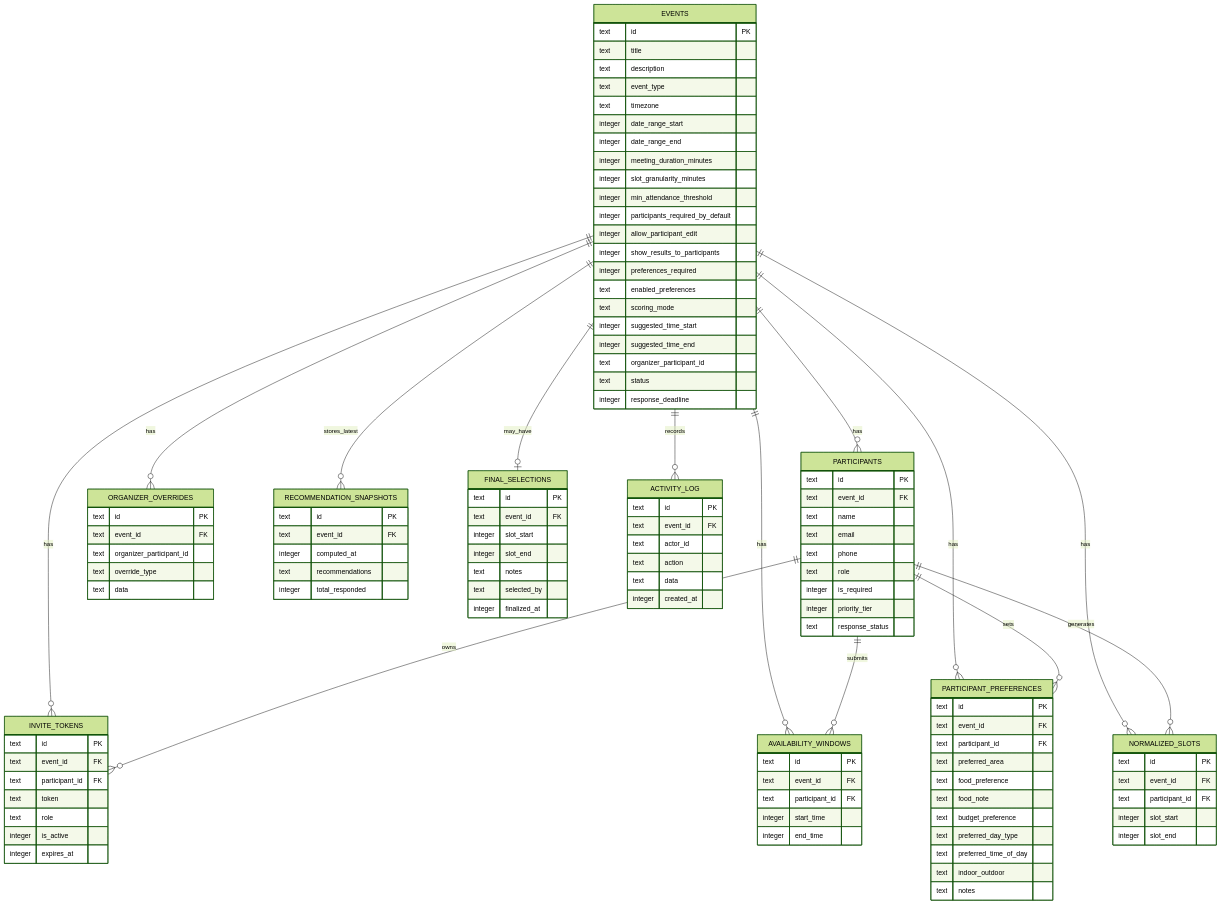
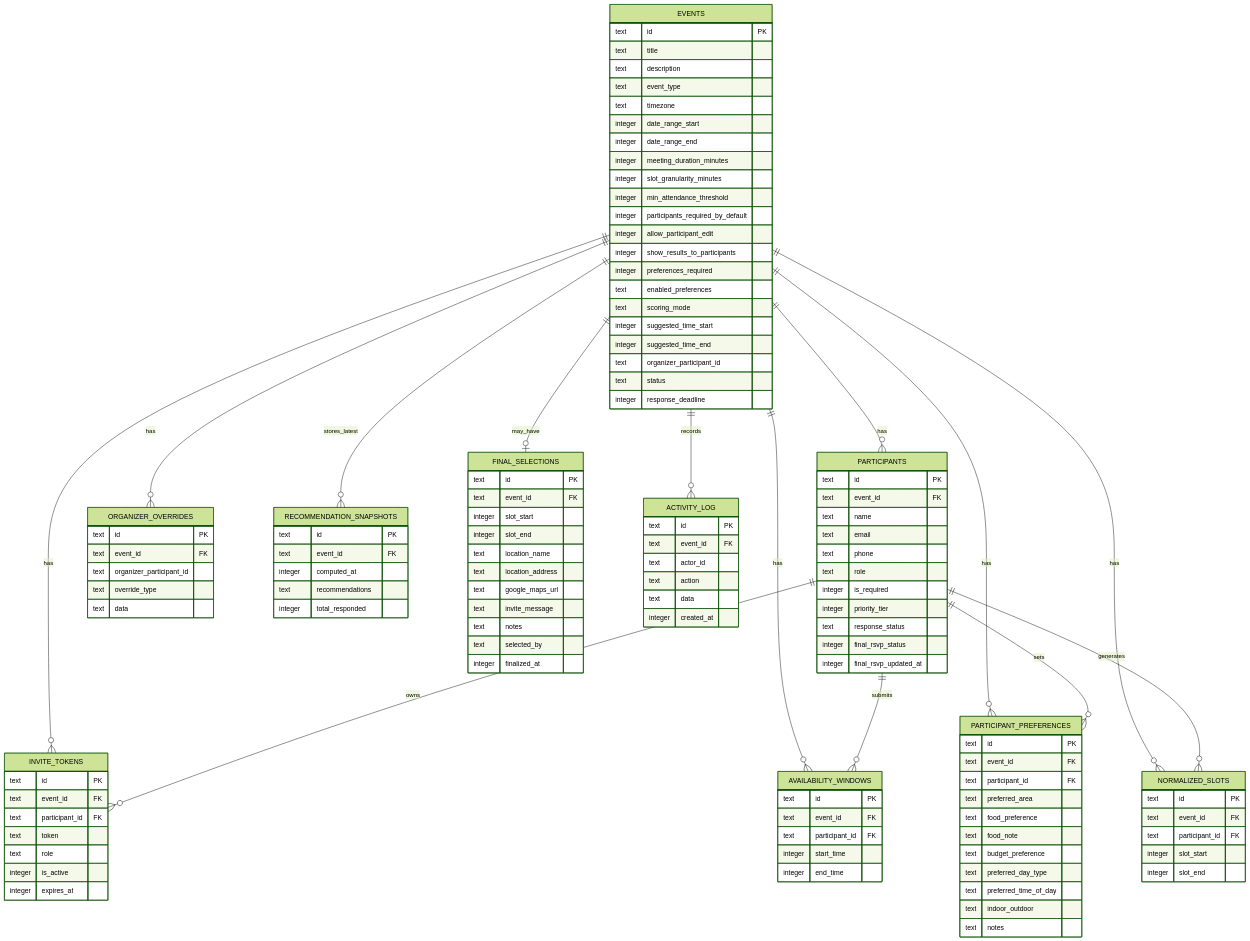
The fourth of 9 diagrams in TRD.md (anxkhn/togoo), drawn with Mermaid (forest theme) before and after one commit. The commit also changed other lines of this file and 13 other files, not shown here.

Commit message:
refactor: store final RSVP status as integer codes

```diff
--- a/TRD.md
+++ b/TRD.md
@@ -318,6 +345,8 @@
         integer is_required
         integer priority_tier
         text response_status
+        integer final_rsvp_status
+        integer final_rsvp_updated_at
     }
     INVITE_TOKENS {
         text id PK
@@ -374,6 +403,10 @@
         text event_id FK
         integer slot_start
         integer slot_end
+        text location_name
+        text location_address
+        text google_maps_url
+        text invite_message
         text notes
         text selected_by
         integer finalized_at
```
